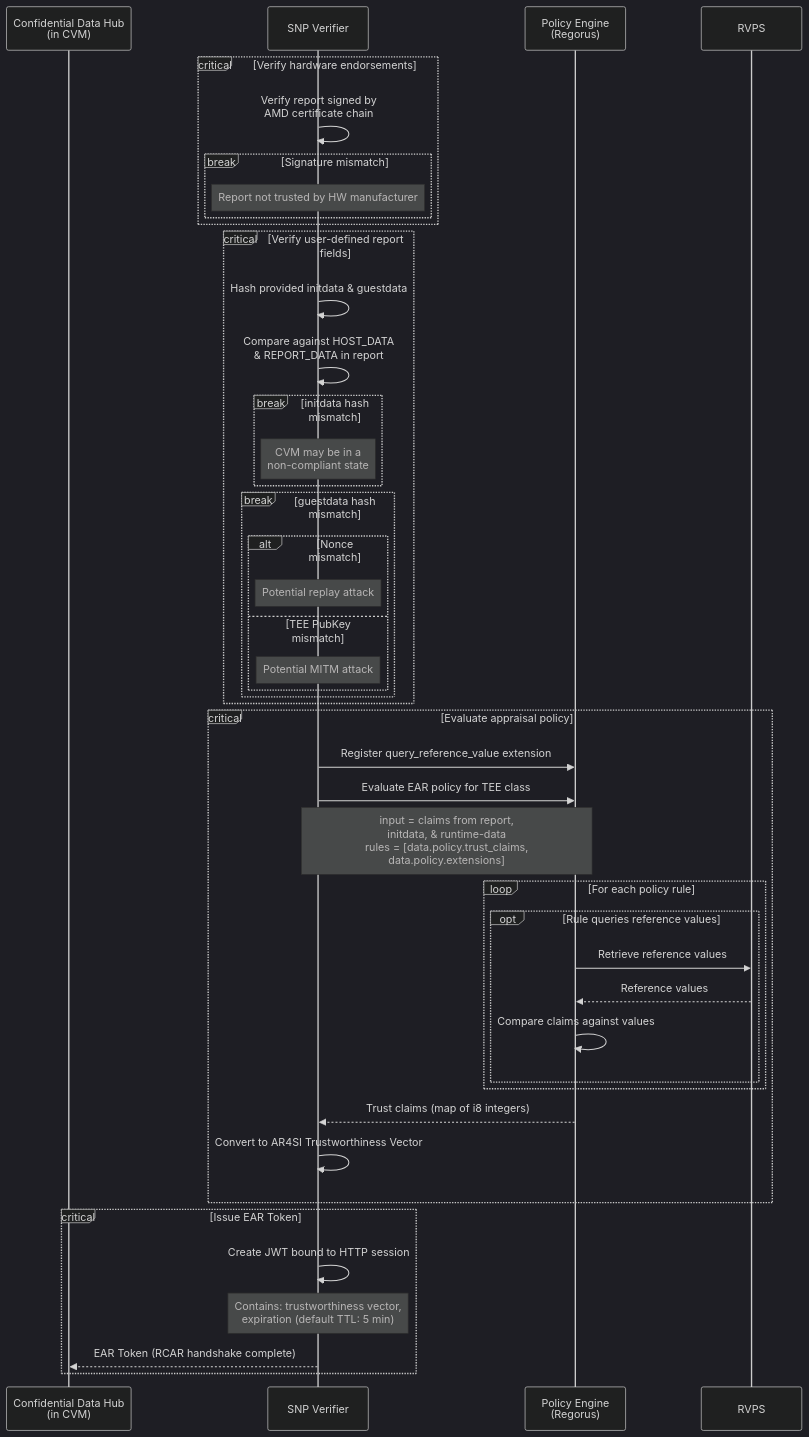
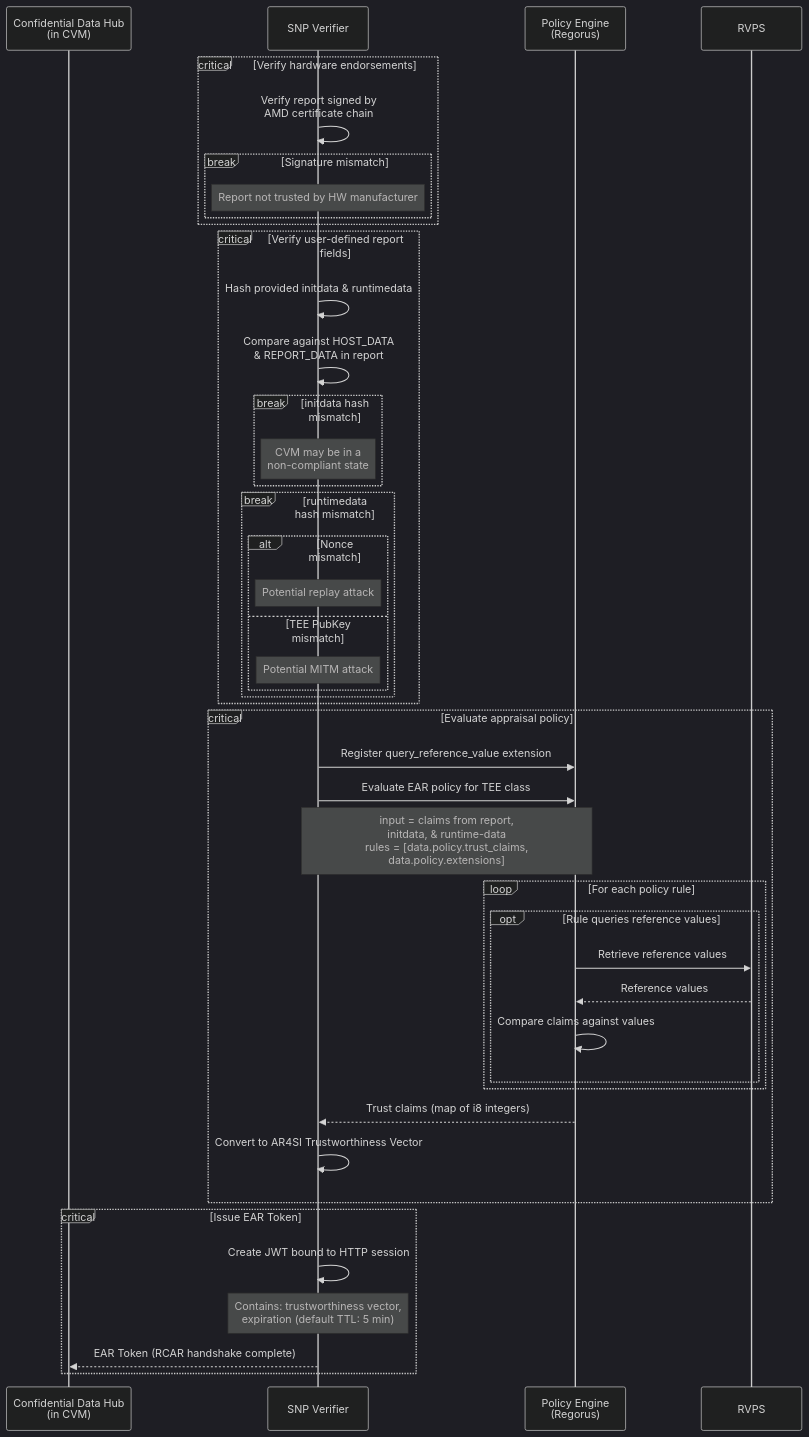
Before and after one commit to amd-cmaxwell/trustee: the fifth of 6 diagrams in kbs/src/plugins/implementations/sams/README.md, drawn with Mermaid (dark theme). The commit also changed other lines of this file and 8 other files, not shown here.

````diff
--- a/kbs/src/plugins/implementations/sams/README.md
+++ b/kbs/src/plugins/implementations/sams/README.md
@@ -228,53 +228,53 @@
 ```mermaid
 sequenceDiagram
     participant cdh as Confidential Data Hub<br>(in CVM)
     participant snp_verifier as SNP Verifier
     participant policy_engine as Policy Engine<br>(Regorus)
     participant rvps as RVPS
 
     critical Verify hardware endorsements
         snp_verifier ->> snp_verifier: Verify report signed by<br>AMD certificate chain
         break Signature mismatch
             note over snp_verifier: Report not trusted by HW manufacturer
         end
     end
 
     critical Verify user-defined report fields
-        snp_verifier ->> snp_verifier: Hash provided initdata & guestdata
+        snp_verifier ->> snp_verifier: Hash provided initdata & runtimedata
         snp_verifier ->> snp_verifier: Compare against HOST_DATA<br>& REPORT_DATA in report
 
         break initdata hash mismatch
             note over snp_verifier: CVM may be in a<br>non-compliant state
         end
-        break guestdata hash mismatch
+        break runtimedata hash mismatch
             alt Nonce mismatch
                 note over snp_verifier: Potential replay attack
             else TEE PubKey mismatch
                 note over snp_verifier: Potential MITM attack
             end
         end
     end
 
     critical Evaluate appraisal policy
         snp_verifier ->> policy_engine: Register query_reference_value extension
         snp_verifier ->> policy_engine: Evaluate EAR policy for TEE class
         note over snp_verifier, policy_engine: input = claims from report,<br>initdata, & runtime-data<br>rules = [data.policy.trust_claims,<br>data.policy.extensions]
 
         loop For each policy rule
             opt Rule queries reference values
                 policy_engine ->> rvps: Retrieve reference values
                 rvps -->> policy_engine: Reference values
                 policy_engine ->> policy_engine: Compare claims against values
             end
         end
 
         policy_engine -->> snp_verifier: Trust claims (map of i8 integers)
         snp_verifier ->> snp_verifier: Convert to AR4SI Trustworthiness Vector
     end
 
     critical Issue EAR Token
         snp_verifier ->> snp_verifier: Create JWT bound to HTTP session
         note over snp_verifier: Contains: trustworthiness vector,<br>expiration (default TTL: 5 min)
         snp_verifier -->> cdh: EAR Token (RCAR handshake complete)
     end
 ```
````
